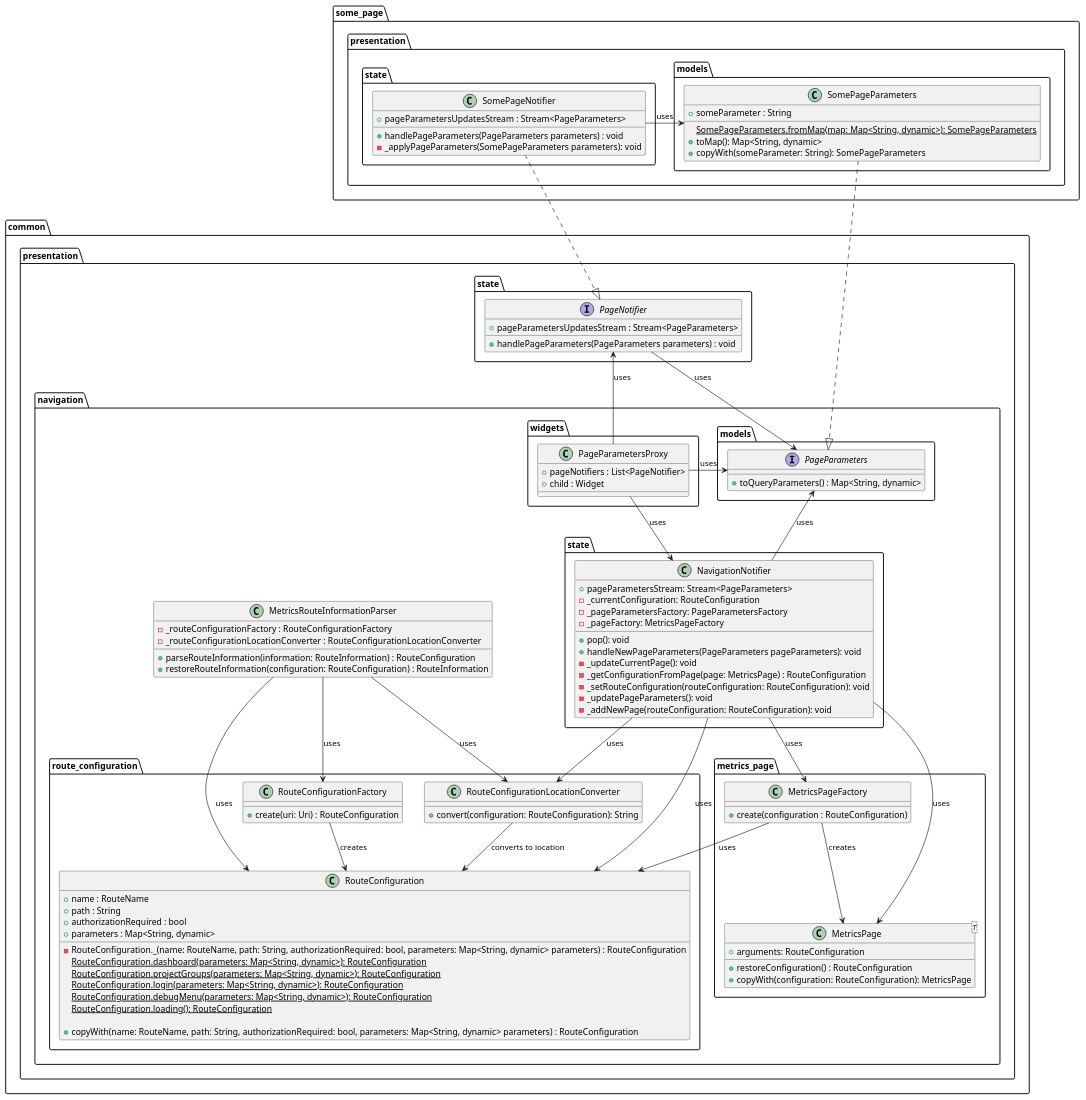
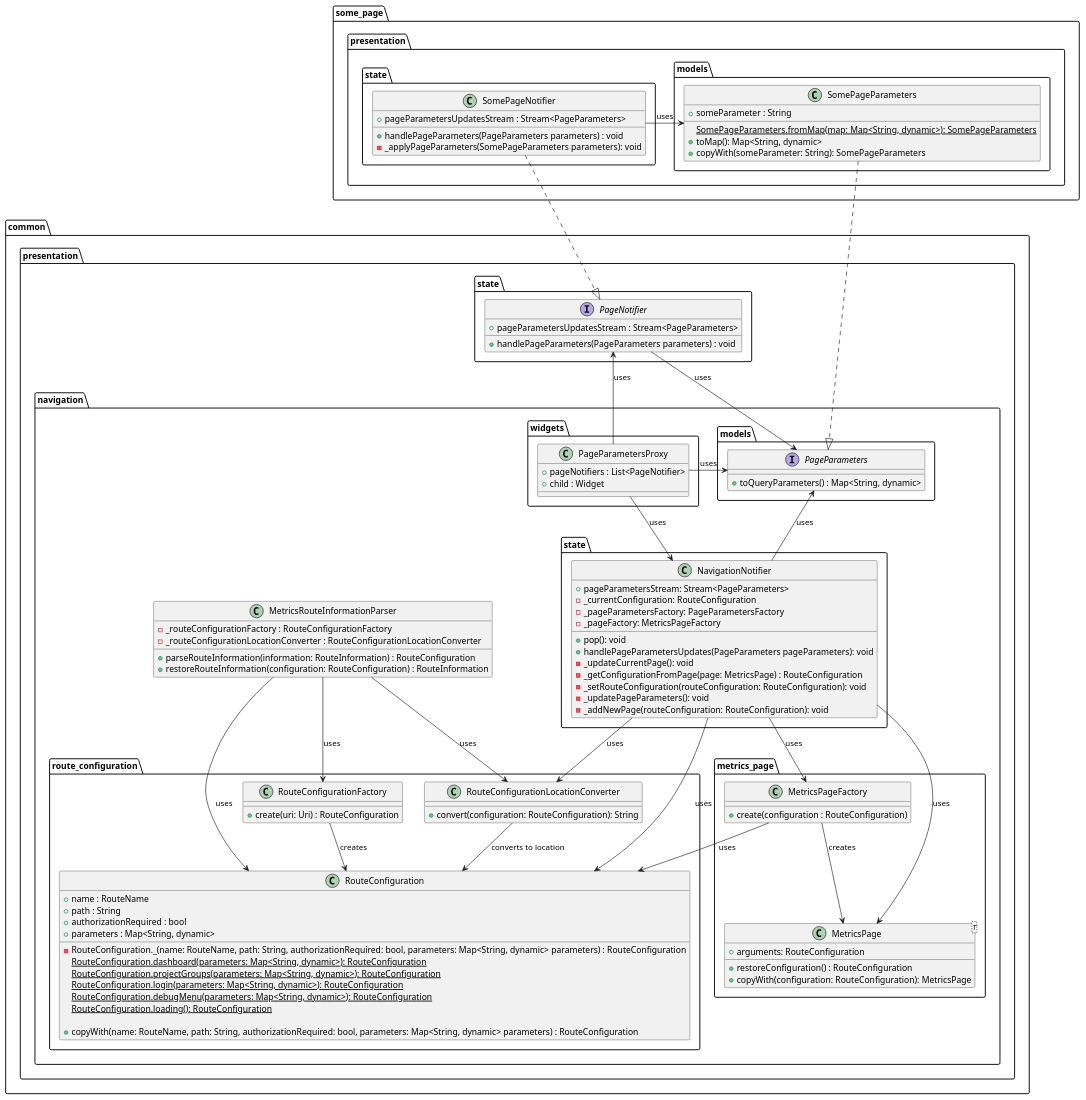
One commit to Flank/flank-dashboard changed the diagram in metrics/web/docs/features/deep_links/diagrams/deep_links_class_diagram.puml. Above: the diagram before and after it, drawn with PlantUML. The commit also changed 2 other files, not shown here.

```diff
--- a/metrics/web/docs/features/deep_links/diagrams/deep_links_class_diagram.puml
+++ b/metrics/web/docs/features/deep_links/diagrams/deep_links_class_diagram.puml
@@ -1,139 +1,139 @@
 @startuml deep_links_class_diagram
 package common.presentation {
     package navigation {
         class MetricsRouteInformationParser {
             - _routeConfigurationFactory : RouteConfigurationFactory
             - _routeConfigurationLocationConverter : RouteConfigurationLocationConverter
 
             + parseRouteInformation(information: RouteInformation) : RouteConfiguration
             + restoreRouteInformation(configuration: RouteConfiguration) : RouteInformation
         }
 
         package metrics_page {
             class MetricsPage<T> {
                 + arguments: RouteConfiguration
 
                 + restoreConfiguration() : RouteConfiguration
                 + copyWith(configuration: RouteConfiguration): MetricsPage
             }
 
             class MetricsPageFactory {
                 + create(configuration : RouteConfiguration)
             }
         }
 
         package route_configuration {
             class RouteConfiguration {
                 + name : RouteName
                 + path : String
                 + authorizationRequired : bool
                 + parameters : Map<String, dynamic>
 
                 - RouteConfiguration._(name: RouteName, path: String, authorizationRequired: bool, parameters: Map<String, dynamic> parameters) : RouteConfiguration
                 {static} RouteConfiguration.dashboard(parameters: Map<String, dynamic>): RouteConfiguration
                 {static} RouteConfiguration.projectGroups(parameters: Map<String, dynamic>): RouteConfiguration
                 {static} RouteConfiguration.login(parameters: Map<String, dynamic>): RouteConfiguration
                 {static} RouteConfiguration.debugMenu(parameters: Map<String, dynamic>): RouteConfiguration
                 {static} RouteConfiguration.loading(): RouteConfiguration
 
                 + copyWith(name: RouteName, path: String, authorizationRequired: bool, parameters: Map<String, dynamic> parameters) : RouteConfiguration
             }
 
             class RouteConfigurationFactory {
                 + create(uri: Uri) : RouteConfiguration
             }
 
             class RouteConfigurationLocationConverter {
                 + convert(configuration: RouteConfiguration): String
             }
         }
 
         package state {
             class NavigationNotifier {
                 + pageParametersStream: Stream<PageParameters>
                 - _currentConfiguration: RouteConfiguration
                 - _pageParametersFactory: PageParametersFactory
                 - _pageFactory: MetricsPageFactory
 
                 + pop(): void
-                + handleNewPageParameters(PageParameters pageParameters): void
+                + handlePageParametersUpdates(PageParameters pageParameters): void
                 - _updateCurrentPage(): void
                 - _getConfigurationFromPage(page: MetricsPage) : RouteConfiguration
                 - _setRouteConfiguration(routeConfiguration: RouteConfiguration): void
                 - _updatePageParameters(): void
                 - _addNewPage(routeConfiguration: RouteConfiguration): void
             }
         }
 
         package models {
             interface PageParameters {
                 + toQueryParameters() : Map<String, dynamic>
             }
         }
 
         package widgets {
             class PageParametersProxy {
                 + pageNotifiers : List<PageNotifier>
                 + child : Widget
             }
         }
     }
 
     package state as common_state {
         interface PageNotifier {
             + pageParametersUpdatesStream : Stream<PageParameters>
             + handlePageParameters(PageParameters parameters) : void
         }
 
     }
 }
 
 package some_page.presentation {
     package models as some_page_models {
         class SomePageParameters {
             + someParameter : String
 
             {static} SomePageParameters.fromMap(map: Map<String, dynamic>): SomePageParameters
             + toMap(): Map<String, dynamic>
             + copyWith(someParameter: String): SomePageParameters
         }
     }
 
    package state as some_page_state {
        class SomePageNotifier {
            + pageParametersUpdatesStream : Stream<PageParameters>
            + handlePageParameters(PageParameters parameters) : void
            - _applyPageParameters(SomePageParameters parameters): void
        }
    }
 }
 
 PageParametersProxy -up-> PageNotifier : uses
 PageParametersProxy --> NavigationNotifier : uses
 PageParametersProxy -right-> PageParameters : uses
 
 PageNotifier --> PageParameters : uses
 
 MetricsPageFactory --> MetricsPage : creates
 MetricsPageFactory --> RouteConfiguration : uses
 
 RouteConfigurationFactory --> RouteConfiguration : creates
 
 MetricsRouteInformationParser --> RouteConfiguration : uses
 MetricsRouteInformationParser --> RouteConfigurationLocationConverter : uses
 MetricsRouteInformationParser --> RouteConfigurationFactory : uses
 
 RouteConfigurationLocationConverter --> RouteConfiguration : converts to location
 
 NavigationNotifier --> RouteConfigurationLocationConverter : uses
 NavigationNotifier --> RouteConfiguration : uses
 NavigationNotifier --> MetricsPageFactory : uses
 NavigationNotifier --> MetricsPage : uses
 NavigationNotifier -up-> PageParameters : uses
 
 SomePageParameters ..|> PageParameters
 
 SomePageNotifier ..|> PageNotifier
 SomePageNotifier -left-> SomePageParameters : uses
 
 @enduml
```
